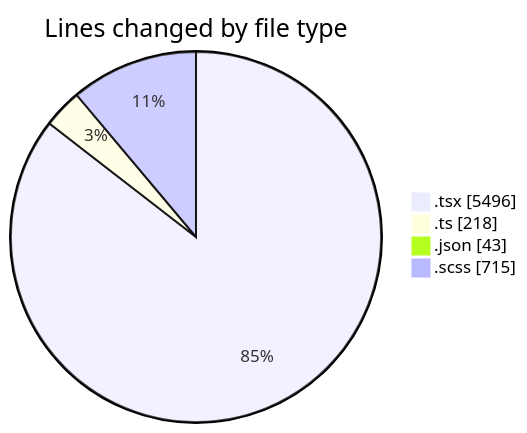
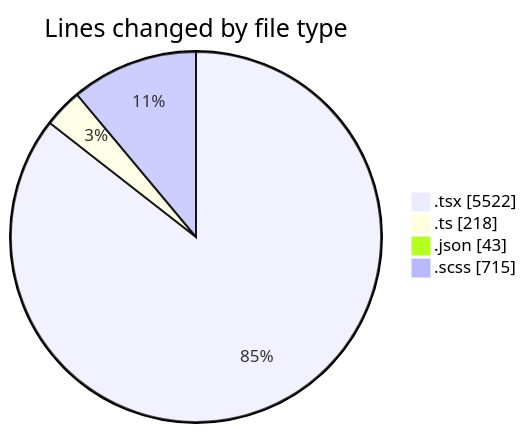
One commit to momahboobian/code-tracking changed the first of 2 diagrams in 2025-09-23/cda/README.md. Above: the diagram before and after it, drawn with Mermaid. The commit also changed other lines of this file and 1 other file, not shown here.

````diff
--- a/2025-09-23/cda/README.md
+++ b/2025-09-23/cda/README.md
@@ -34,8 +34,8 @@
 ```mermaid
 pie showData
 title Lines changed by file type
-".tsx" : 5496
+".tsx" : 5522
 ".ts" : 218
 ".json" : 43
 ".scss" : 715
 ```
````
